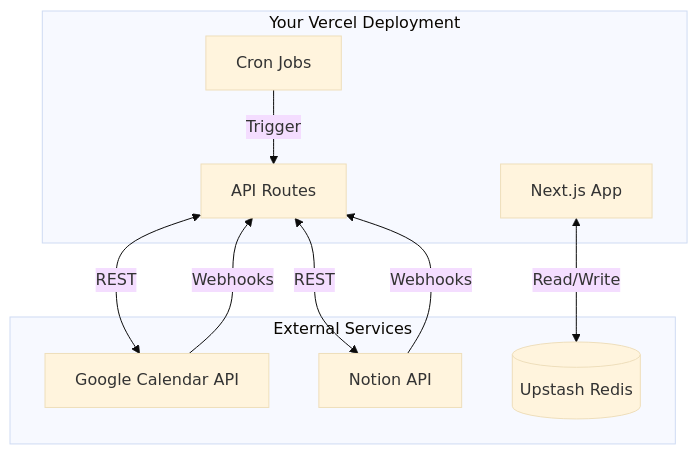
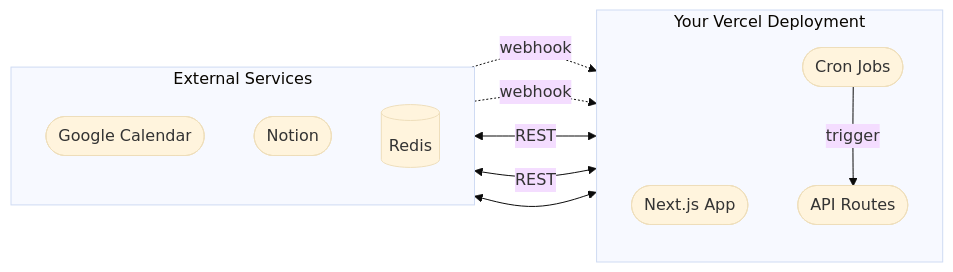
One commit to mcsdevv/while changed the first of 6 diagrams in apps/web/content/docs/architecture.mdx. Above: the diagram before and after it, drawn with Mermaid (base theme). The commit also changed other lines of this file, not shown here.

Commit message:
style: improve flowchart aesthetics in architecture docs
- Use stadium shapes (rounded) instead of rectangles
- Switch to left-right layout for better flow
- Use dotted lines for webhooks vs solid for REST
- Simplify labels and node text
- Make conflict resolution diagram more compact

````diff
--- a/apps/web/content/docs/architecture.mdx
+++ b/apps/web/content/docs/architecture.mdx
@@ -10,21 +10,23 @@
 ```mermaid
-graph TB
-    subgraph "Your Vercel Deployment"
-        App[Next.js App]
-        API[API Routes]
-        Cron[Cron Jobs]
+graph LR
+    subgraph deploy ["Your Vercel Deployment"]
+        direction TB
+        App([Next.js App])
+        API([API Routes])
+        Cron([Cron Jobs])
     end
 
-    subgraph "External Services"
-        GCal[Google Calendar API]
-        Notion[Notion API]
-        Redis[(Upstash Redis)]
+    subgraph external ["External Services"]
+        direction TB
+        GCal([Google Calendar])
+        Notion([Notion])
+        Redis[(Redis)]
     end
 
-    GCal -->|Webhooks| API
+    GCal -.->|webhook| API
     API <-->|REST| GCal
-    Notion -->|Webhooks| API
+    Notion -.->|webhook| API
     API <-->|REST| Notion
-    App <-->|Read/Write| Redis
-    Cron -->|Trigger| API
+    App <--> Redis
+    Cron -->|trigger| API
 ```
````
